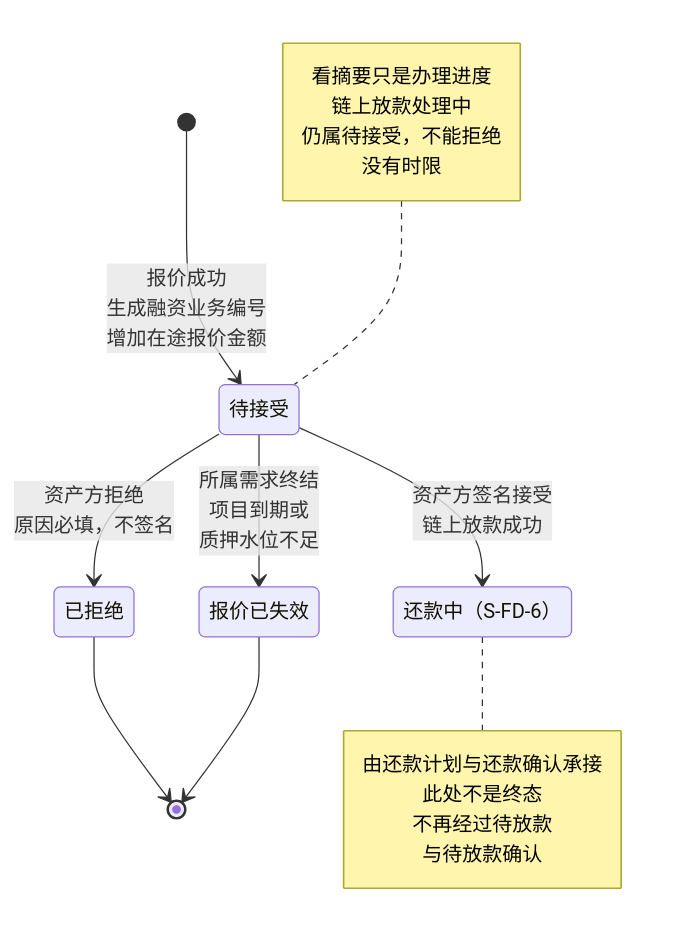
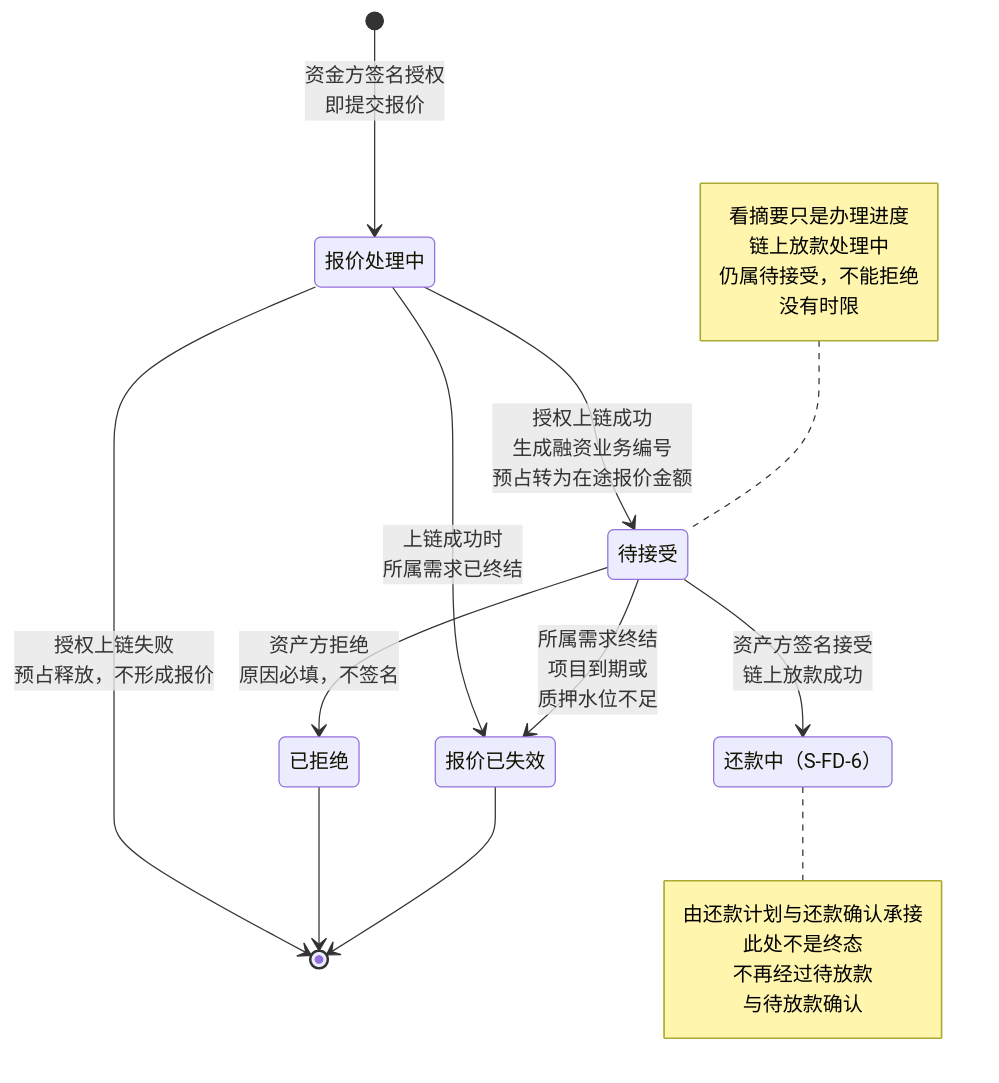
The eighth of 10 diagrams in lending-platform/PRD/面客端/06-借贷广场-授信报价与接受拒绝/02-授信报价与接受拒绝-流程图与状态机.md (wxblockchain/Chain-Financing), drawn with Mermaid before and after one commit. The commit also changed other lines of this file and 5 other files, not shown here.

````diff
--- a/lending-platform/PRD/面客端/06-借贷广场-授信报价与接受拒绝/02-授信报价与接受拒绝-流程图与状态机.md
+++ b/lending-platform/PRD/面客端/06-借贷广场-授信报价与接受拒绝/02-授信报价与接受拒绝-流程图与状态机.md
@@ -219,25 +217,29 @@
 ```mermaid
 stateDiagram-v2
+  state "报价处理中" as PENDING
   state "待接受" as WAIT
   state "已拒绝" as REJECTED
   state "报价已失效" as EXPIRED
   state "还款中（S-FD-6）" as FUNDING
-  [*] --> WAIT: 报价成功<br/>生成融资业务编号<br/>增加在途报价金额
+  [*] --> PENDING: 资金方签名授权<br/>即提交报价
+  PENDING --> [*]: 授权上链失败<br/>预占释放，不形成报价
+  PENDING --> WAIT: 授权上链成功<br/>生成融资业务编号<br/>预占转为在途报价金额
+  PENDING --> EXPIRED: 上链成功时<br/>所属需求已终结
   WAIT --> REJECTED: 资产方拒绝<br/>原因必填，不签名
   WAIT --> EXPIRED: 所属需求终结<br/>项目到期或<br/>质押水位不足
   WAIT --> FUNDING: 资产方签名接受<br/>链上放款成功
   REJECTED --> [*]
   EXPIRED --> [*]
   note left of WAIT
     看摘要只是办理进度
     链上放款处理中
     仍属待接受，不能拒绝
     没有时限
   end note
   note right of FUNDING
     由还款计划与还款确认承接
     此处不是终态
     不再经过待放款
     与待放款确认
   end note
 ```
````
